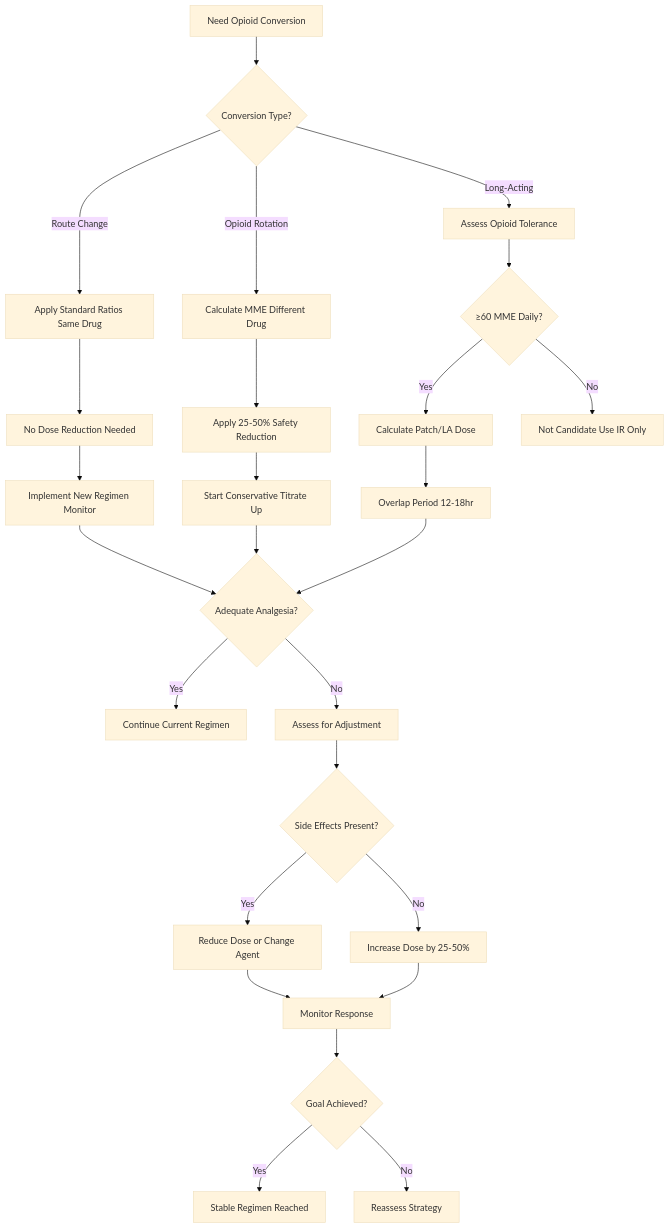
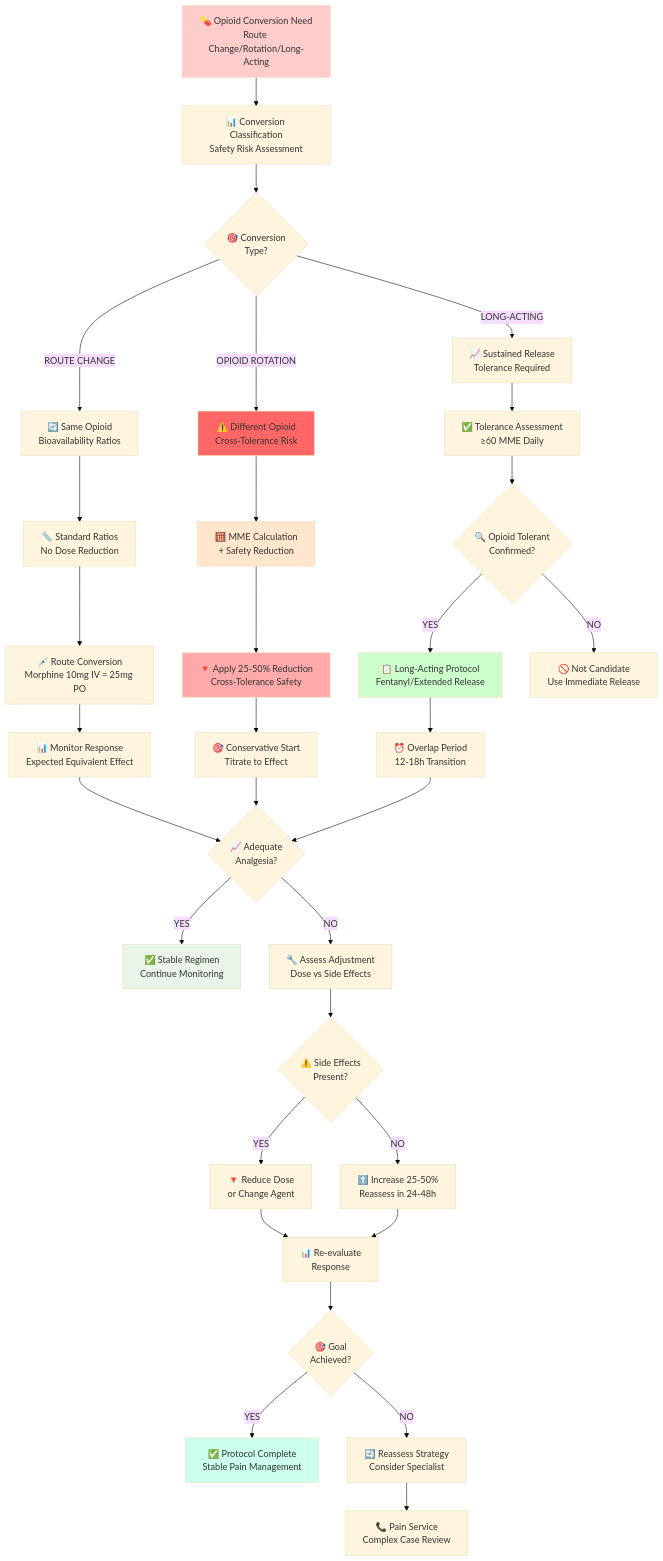
The diagram in Assets/RapidResponseCentralDocumentationVault/Protocols/Calls/Pain & Palliation/Opiate Conversion Calculations.md (bhavenmurji/RapidResponseCentral), drawn with Mermaid (base theme) before and after one commit. The commit also changed other lines of this file and 6438 other files, not shown here.

```diff
--- a/Assets/RapidResponseCentralDocumentationVault/Protocols/Calls/Pain & Palliation/Opiate Conversion Calculations.md
+++ b/Assets/RapidResponseCentralDocumentationVault/Protocols/Calls/Pain & Palliation/Opiate Conversion Calculations.md
@@ -206,41 +16,55 @@
 ~~~mermaid
 graph TD
-    A[Need Opioid Conversion] --> B{Conversion Type?}
+    A["💊 Opioid Conversion Need<br/>Route Change/Rotation/Long-Acting"] --> B["📊 Conversion Classification<br/>Safety Risk Assessment"]
     
-    B -->|Route Change| C[Apply Standard Ratios Same Drug]
-    B -->|Opioid Rotation| D[Calculate MME Different Drug]
-    B -->|Long-Acting| E[Assess Opioid Tolerance]
+    B --> C{"🎯 Conversion<br/>Type?"}
     
-    C --> F[No Dose Reduction Needed]
+    C -->|ROUTE CHANGE| D["🔄 Same Opioid<br/>Bioavailability Ratios"]
+    C -->|OPIOID ROTATION| E["⚠️ Different Opioid<br/>Cross-Tolerance Risk"]
+    C -->|LONG-ACTING| F["📈 Sustained Release<br/>Tolerance Required"]
     
-    D --> G[Apply 25-50% Safety Reduction]
+    D --> G["📏 Standard Ratios<br/>No Dose Reduction"]
+    E --> H["🧮 MME Calculation<br/>+ Safety Reduction"]
+    F --> I["✅ Tolerance Assessment<br/>≥60 MME Daily"]
     
-    E --> H{≥60 MME Daily?}
+    G --> J["💉 Route Conversion<br/>Morphine 10mg IV = 25mg PO"]
+    H --> K["🔻 Apply 25-50% Reduction<br/>Cross-Tolerance Safety"]
+    I --> L{"🔍 Opioid Tolerant<br/>Confirmed?"}
     
-    H -->|Yes| I[Calculate Patch/LA Dose]
-    H -->|No| J[Not Candidate Use IR Only]
+    L -->|YES| M["📋 Long-Acting Protocol<br/>Fentanyl/Extended Release"]
+    L -->|NO| N["🚫 Not Candidate<br/>Use Immediate Release"]
     
-    F --> K[Implement New Regimen Monitor]
-    G --> L[Start Conservative Titrate Up]
-    I --> M[Overlap Period 12-18hr]
+    J --> O["📊 Monitor Response<br/>Expected Equivalent Effect"]
+    K --> P["🎯 Conservative Start<br/>Titrate to Effect"]
+    M --> Q["⏰ Overlap Period<br/>12-18h Transition"]
     
-    K --> N{Adequate Analgesia?}
-    L --> N
-    M --> N
+    O --> R{"📈 Adequate<br/>Analgesia?"}
+    P --> R
+    Q --> R
     
-    N -->|Yes| O[Continue Current Regimen]
-    N -->|No| P[Assess for Adjustment]
+    R -->|YES| S["✅ Stable Regimen<br/>Continue Monitoring"]
+    R -->|NO| T["🔧 Assess Adjustment<br/>Dose vs Side Effects"]
     
-    P --> Q{Side Effects Present?}
+    T --> U{"⚠️ Side Effects<br/>Present?"}
     
-    Q -->|Yes| R[Reduce Dose or Change Agent]
-    Q -->|No| S[Increase Dose by 25-50%]
+    U -->|YES| V["🔻 Reduce Dose<br/>or Change Agent"]
+    U -->|NO| W["⬆️ Increase 25-50%<br/>Reassess in 24-48h"]
     
-    R --> T[Monitor Response]
-    S --> T
+    V --> X["📊 Re-evaluate<br/>Response"]
+    W --> X
     
-    T --> U{Goal Achieved?}
+    X --> Y{"🎯 Goal<br/>Achieved?"}
     
-    U -->|Yes| V[Stable Regimen Reached]
-    U -->|No| W[Reassess Strategy]
+    Y -->|YES| Z["✅ Protocol Complete<br/>Stable Pain Management"]
+    Y -->|NO| AA["🔄 Reassess Strategy<br/>Consider Specialist"]
+    
+    AA --> BB["📞 Pain Service<br/>Complex Case Review"]
+    
+    style A fill:#ffcccc
+    style E fill:#ff6666
+    style H fill:#ffe6cc
+    style K fill:#ffaaaa
+    style M fill:#ccffcc
+    style S fill:#e8f5e8
+    style Z fill:#ccffee
 ~~~
```
